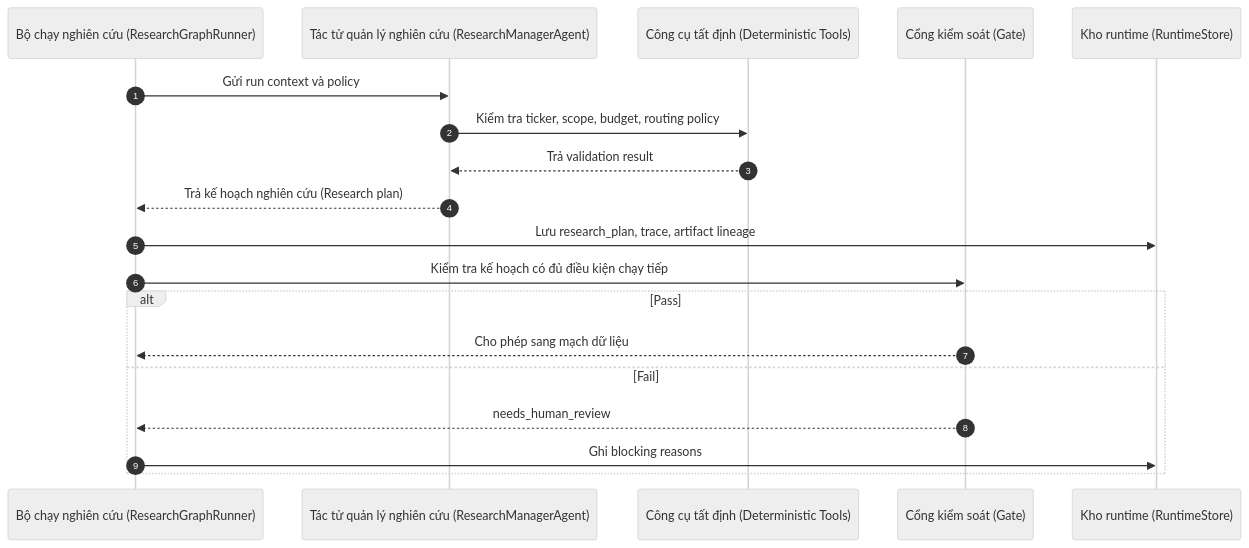
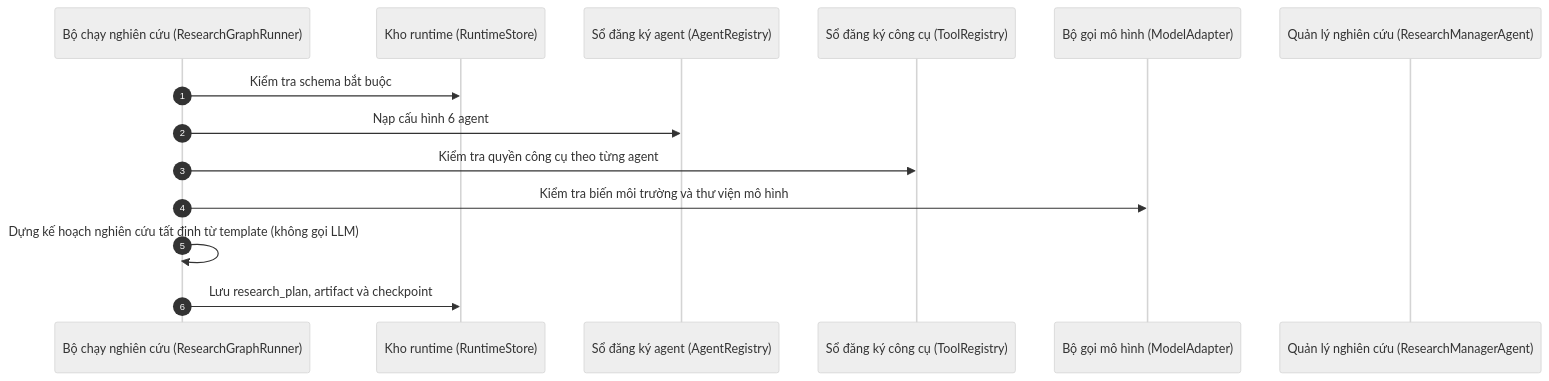
One commit to haubelerche/equity-research-system changed the fifth of 24 diagrams in docs/SEQUENCE.md. Above: the diagram before and after it, drawn with Mermaid (neutral theme). The commit also changed other lines of this file and 56 other files, not shown here.

````diff
--- a/docs/SEQUENCE.md
+++ b/docs/SEQUENCE.md
@@ -95,22 +153,17 @@
 ```mermaid
 sequenceDiagram
     autonumber
     participant R as Bộ chạy nghiên cứu (ResearchGraphRunner)
-    participant M as Tác tử quản lý nghiên cứu (ResearchManagerAgent)
-    participant T as Công cụ tất định (Deterministic Tools)
-    participant G as Cổng kiểm soát (Gate)
     participant S as Kho runtime (RuntimeStore)
+    participant AR as Sổ đăng ký agent (AgentRegistry)
+    participant TR as Sổ đăng ký công cụ (ToolRegistry)
+    participant M as Bộ gọi mô hình (ModelAdapter)
+    participant A as Quản lý nghiên cứu (ResearchManagerAgent)
 
-    R->>M: Gửi run context và policy
-    M->>T: Kiểm tra ticker, scope, budget, routing policy
-    T-->>M: Trả validation result
-    M-->>R: Trả kế hoạch nghiên cứu (Research plan)
-    R->>S: Lưu research_plan, trace, artifact lineage
-    R->>G: Kiểm tra kế hoạch có đủ điều kiện chạy tiếp
-    alt Pass
-        G-->>R: Cho phép sang mạch dữ liệu
-    else Fail
-        G-->>R: needs_human_review
-        R->>S: Ghi blocking reasons
-    end
+    R->>S: Kiểm tra schema bắt buộc
+    R->>AR: Nạp cấu hình 6 agent
+    R->>TR: Kiểm tra quyền công cụ theo từng agent
+    R->>M: Kiểm tra biến môi trường và thư viện mô hình
+    R->>R: Dựng kế hoạch nghiên cứu tất định từ template (không gọi LLM)
+    R->>S: Lưu research_plan, artifact và checkpoint
 ```
````
